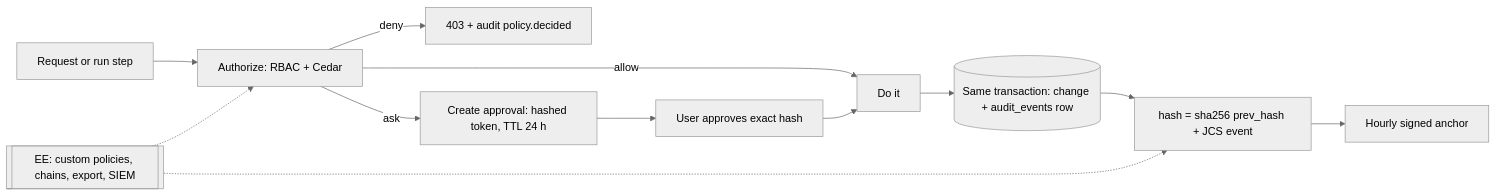
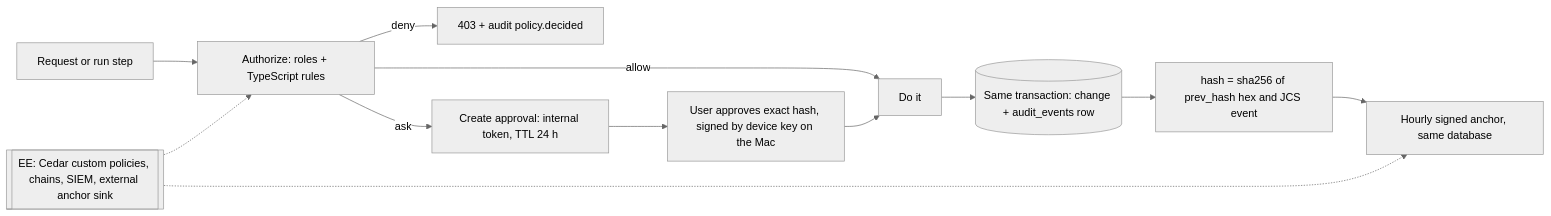
Diagram 15 of 21 in docs/ARCHITECTURE.md (tabani-png/offload-v2), drawn with Mermaid (neutral theme) before and after one commit. The commit also changed other lines of this file and 11 other files, not shown here.

Commit message:
docs: architecture, data model, API, roadmap, open questions OQ-23 to OQ-26, glossary, README, agent rules (Claude Code standing rule)

````diff
--- a/docs/ARCHITECTURE.md
+++ b/docs/ARCHITECTURE.md
@@ -479,13 +712,13 @@
 ```mermaid
 flowchart LR
-  REQ[Request or run step] --> AUTHZ[Authorize: RBAC + Cedar]
+  REQ[Request or run step] --> AUTHZ[Authorize: roles + TypeScript rules]
   AUTHZ -->|deny| DENY[403 + audit policy.decided]
-  AUTHZ -->|ask| APPR[Create approval: hashed token, TTL 24 h]
+  AUTHZ -->|ask| APPR[Create approval: internal token, TTL 24 h]
   AUTHZ -->|allow| ACT[Do it]
-  APPR --> USER[User approves exact hash] --> ACT
+  APPR --> USER[User approves exact hash, signed by device key on the Mac] --> ACT
   ACT --> TX[(Same transaction: change + audit_events row)]
-  TX --> CHAIN[hash = sha256 prev_hash + JCS event]
-  CHAIN --> ANCH[Hourly signed anchor]
-  EE[[EE: custom policies, chains, export, SIEM]] -.-> AUTHZ
-  EE -.-> CHAIN
+  TX --> CHAIN[hash = sha256 of prev_hash hex and JCS event]
+  CHAIN --> ANCH[Hourly signed anchor, same database]
+  EE[[EE: Cedar custom policies, chains, SIEM, external anchor sink]] -.-> AUTHZ
+  EE -.-> ANCH
 ```
````
